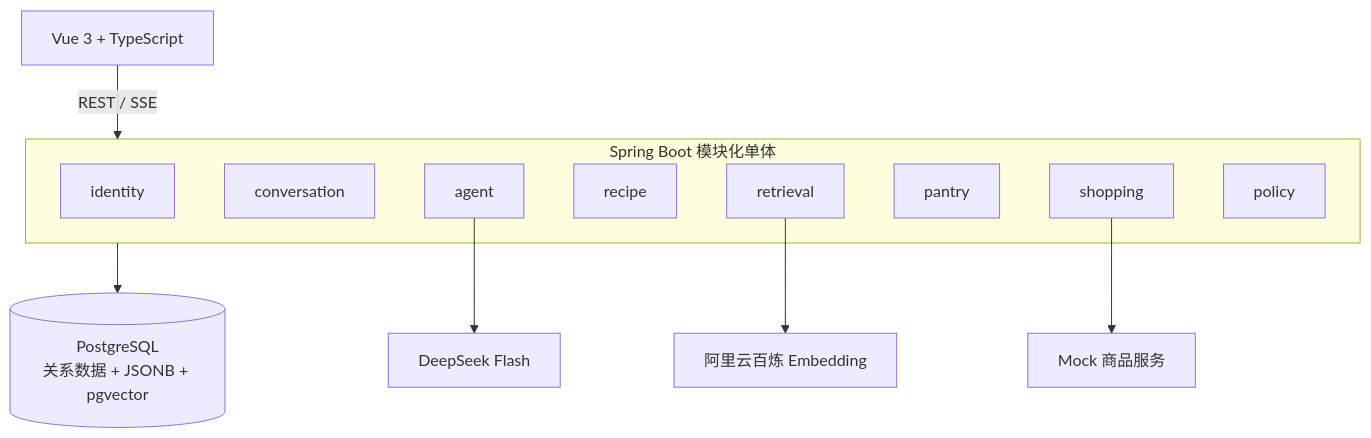
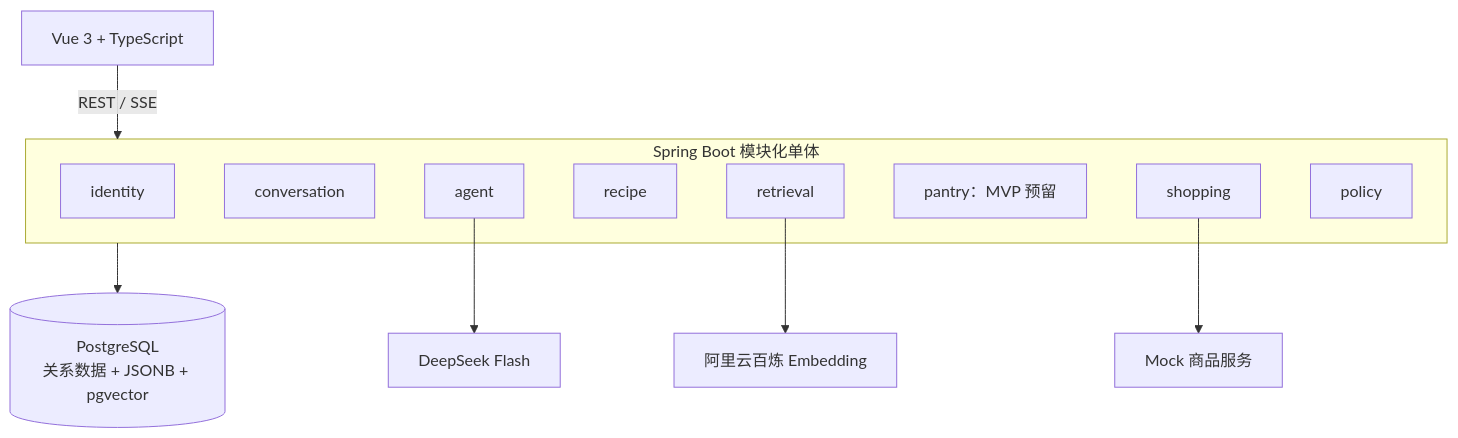
The diagram in 技术文档.md (Omelet-code/AI_Cooker), drawn with Mermaid before and after one commit. The commit also changed other lines of this file and 117 other files, not shown here.

````diff
--- a/技术文档.md
+++ b/技术文档.md
@@ -122,26 +156,26 @@
 ```mermaid
 flowchart TB
     UI[Vue 3 + TypeScript]
 
     subgraph Backend[Spring Boot 模块化单体]
         Identity[identity]
         Conversation[conversation]
         Agent[agent]
         Recipe[recipe]
         Retrieval[retrieval]
-        Pantry[pantry]
+        Pantry[pantry：MVP 预留]
         Shopping[shopping]
         Policy[policy]
     end
 
     DB[(PostgreSQL<br/>关系数据 + JSONB + pgvector)]
     DeepSeek[DeepSeek Flash]
     Bailian[阿里云百炼 Embedding]
     Goods[Mock 商品服务]
 
     UI -->|REST / SSE| Backend
     Backend --> DB
     Agent --> DeepSeek
     Retrieval --> Bailian
     Shopping --> Goods
 ```
````
